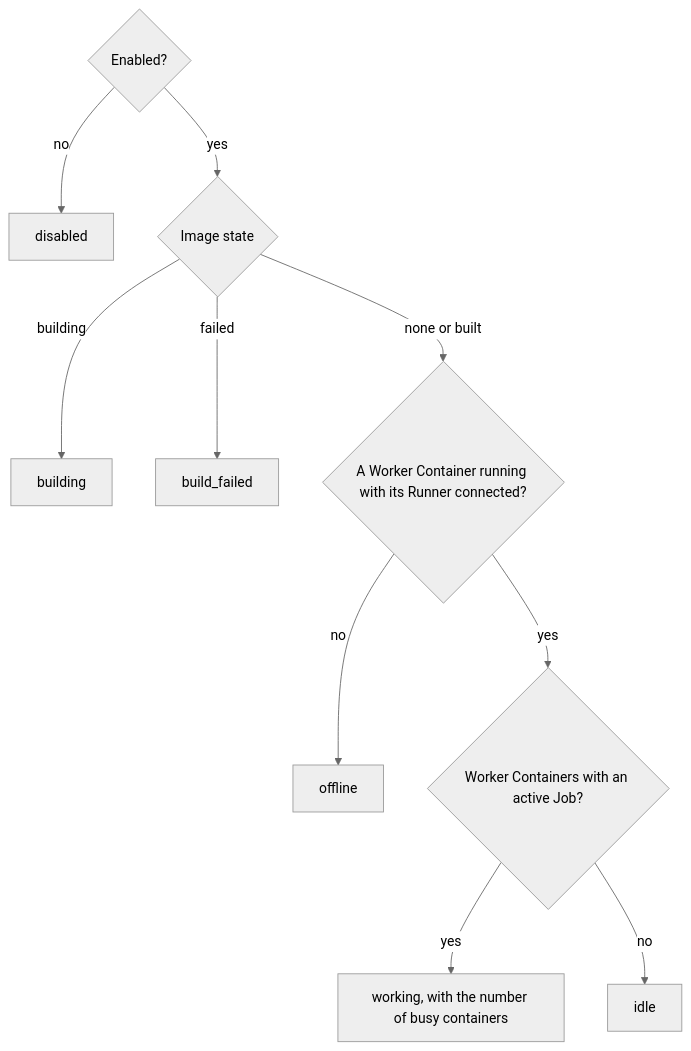
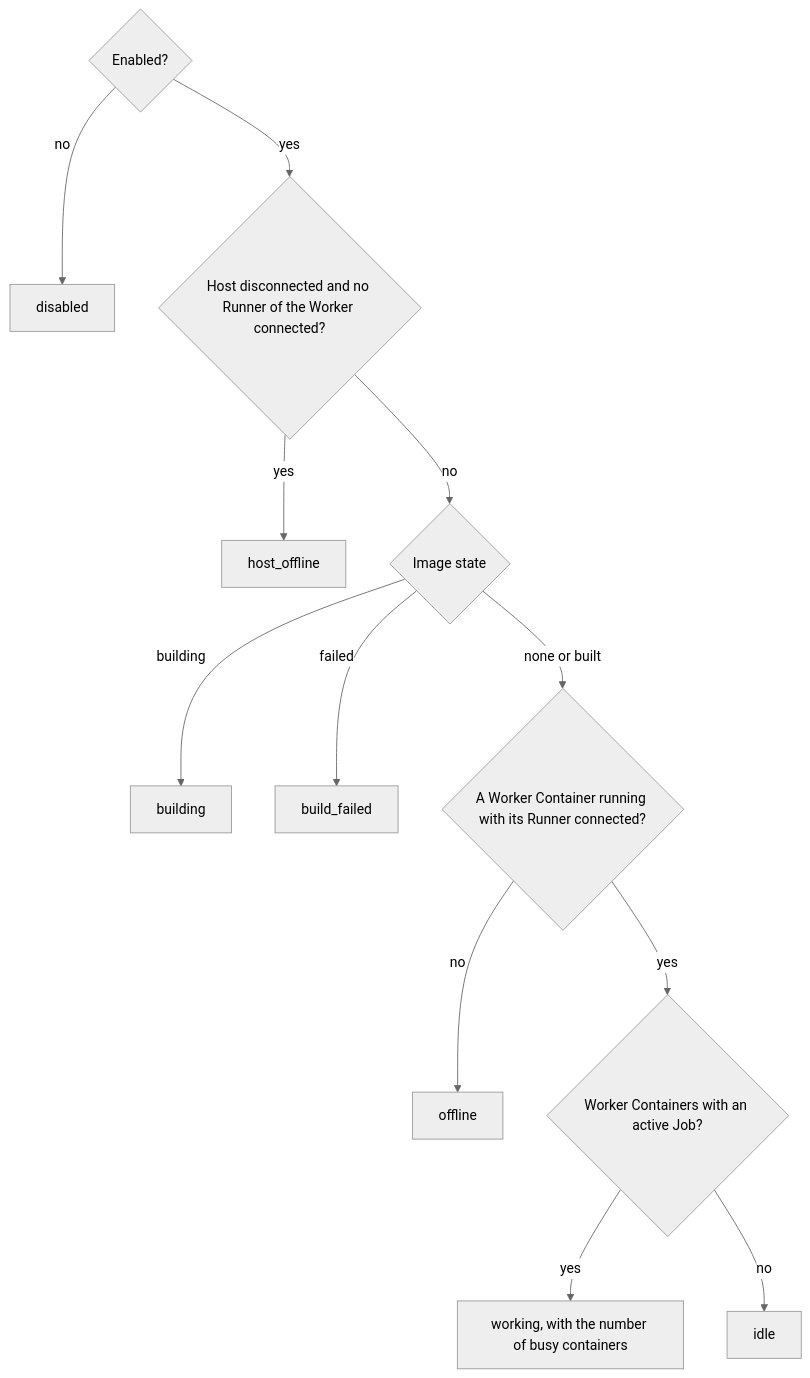
The second of 9 diagrams in docs/specs/workers.md (mceck/claude-task), drawn with Mermaid (neutral theme) before and after one commit. The commit also changed other lines of this file and 8 other files, not shown here.

````diff
--- a/docs/specs/workers.md
+++ b/docs/specs/workers.md
@@ -106,12 +222,14 @@
 ```mermaid
 flowchart TD
   A{Enabled?} -- no --> D[disabled]
-  A -- yes --> B{Image state}
+  A -- yes --> H{Host disconnected and no Runner of the Worker connected?}
+  H -- yes --> HO[host_offline]
+  H -- no --> B{Image state}
   B -- building --> BU[building]
   B -- failed --> BF[build_failed]
   B -- none or built --> C{A Worker Container running with its Runner connected?}
   C -- no --> O[offline]
   C -- yes --> W{Worker Containers with an active Job?}
   W -- yes --> WO[working, with the number of busy containers]
   W -- no --> I[idle]
 ```
````
